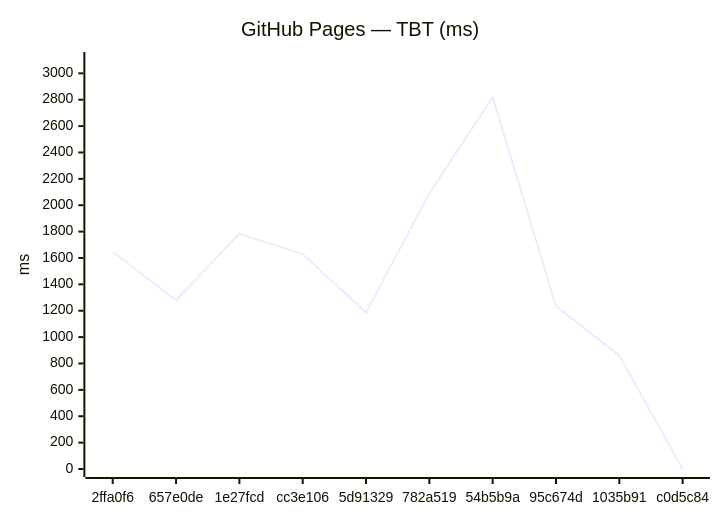
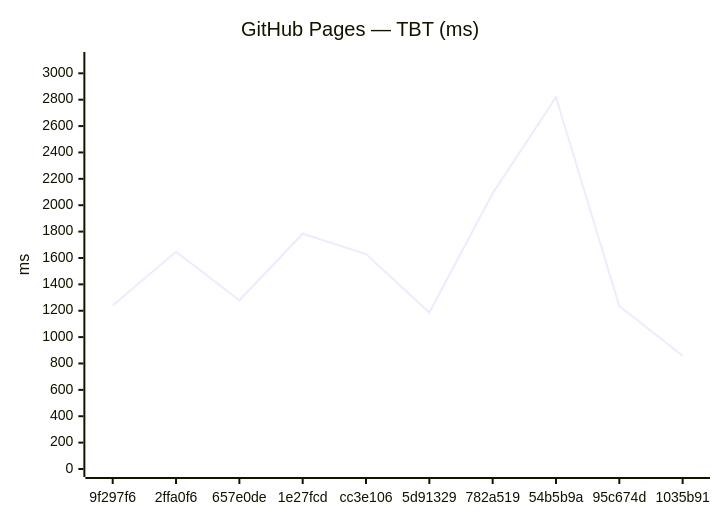
One commit to Metaheurist/Rianell changed the fourth of 18 diagrams in benchmarks/compare.md. Above: the diagram before and after it, drawn with Mermaid. The commit also changed other lines of this file and 11 other files, not shown here.

````diff
--- a/benchmarks/compare.md
+++ b/benchmarks/compare.md
@@ -61,7 +61,7 @@
 ```mermaid
 xychart-beta
     title "GitHub Pages — TBT (ms)"
-    x-axis ["2ffa0f6", "657e0de", "1e27fcd", "cc3e106", "5d91329", "782a519", "54b5b9a", "95c674d", "1035b91", "c0d5c84"]
+    x-axis ["9f297f6", "2ffa0f6", "657e0de", "1e27fcd", "cc3e106", "5d91329", "782a519", "54b5b9a", "95c674d", "1035b91"]
     y-axis "ms" 0 --> 3101
-    line [1647, 1279, 1784, 1630, 1186, 2090, 2819, 1235, 859, 0]
+    line [1240, 1647, 1279, 1784, 1630, 1186, 2090, 2819, 1235, 859]
 ```
````
